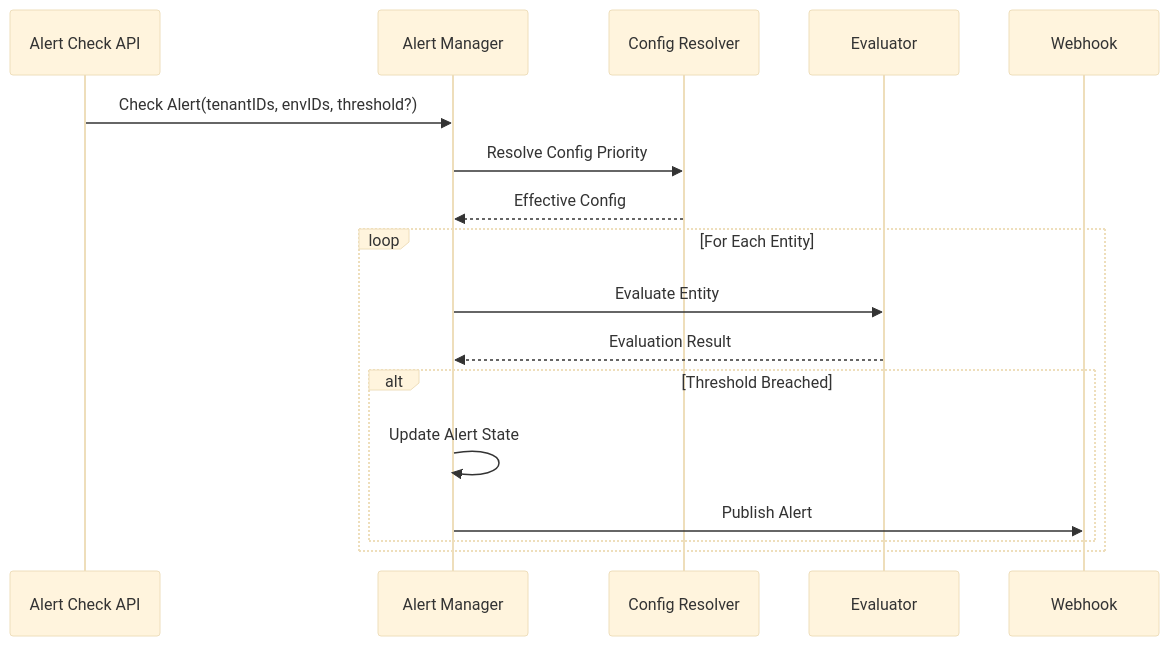
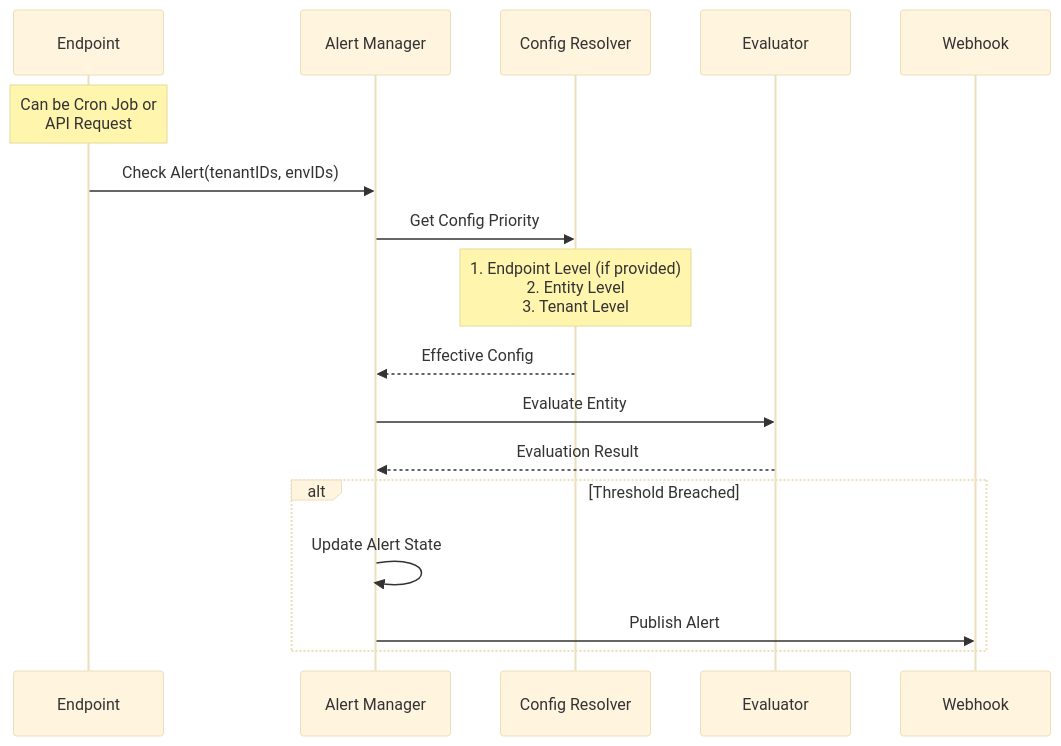
The second of 3 diagrams in docs/prds/alert_engine.md (subratsahilgupta/flexprice), drawn with Mermaid (base theme) before and after one commit. The commit also changed other lines of this file, not shown here.

Commit message:
docs(prds): add alert engine prd

````diff
--- a/docs/prds/alert_engine.md
+++ b/docs/prds/alert_engine.md
@@ -70,22 +70,23 @@
 ```mermaid
 sequenceDiagram
-    participant API as Alert Check API
+    participant EP as Endpoint
     participant AM as Alert Manager
     participant CR as Config Resolver
     participant E as Evaluator
     participant W as Webhook
 
-    API->>AM: Check Alert(tenantIDs, envIDs, threshold?)
-    AM->>CR: Resolve Config Priority
+    Note over EP: Can be Cron Job or<br/>API Request
+    
+    EP->>AM: Check Alert(tenantIDs, envIDs)
+    AM->>CR: Get Config Priority
+    Note over CR: 1. Endpoint Level (if provided)<br/>2. Entity Level<br/>3. Tenant Level
     CR-->>AM: Effective Config
     
-    loop For Each Entity
-        AM->>E: Evaluate Entity
-        E-->>AM: Evaluation Result
-        
-        alt Threshold Breached
-            AM->>AM: Update Alert State
-            AM->>W: Publish Alert
-        end
+    AM->>E: Evaluate Entity
+    E-->>AM: Evaluation Result
+    
+    alt Threshold Breached
+        AM->>AM: Update Alert State
+        AM->>W: Publish Alert
     end
 ```
````
